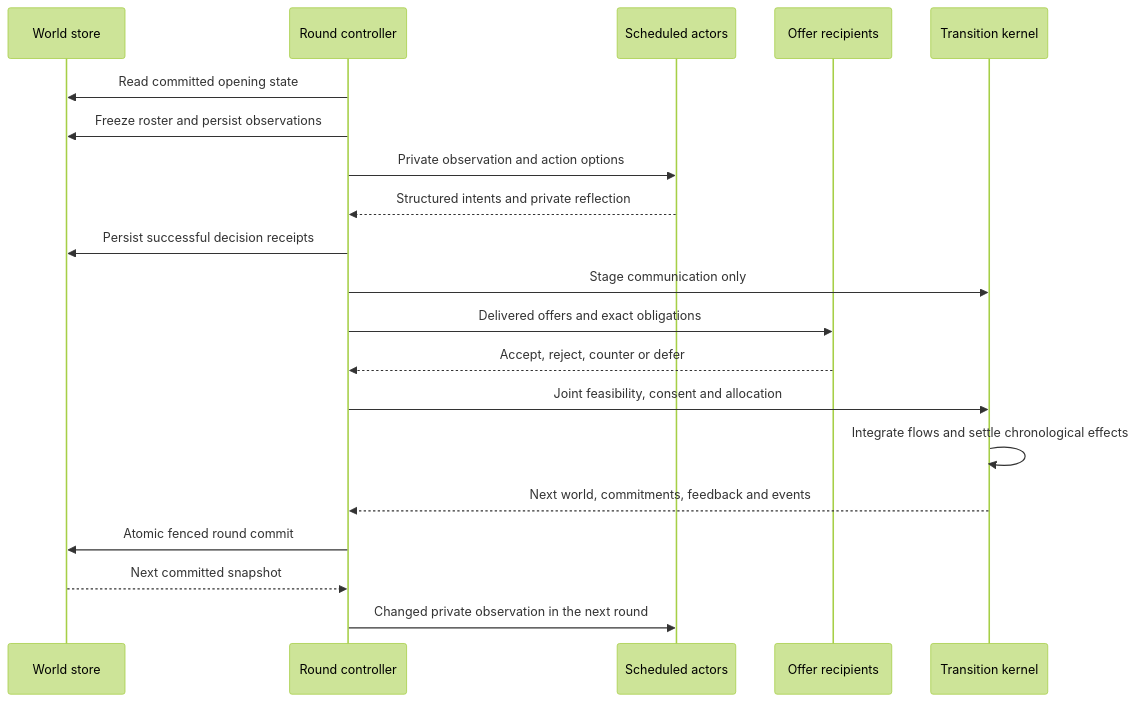
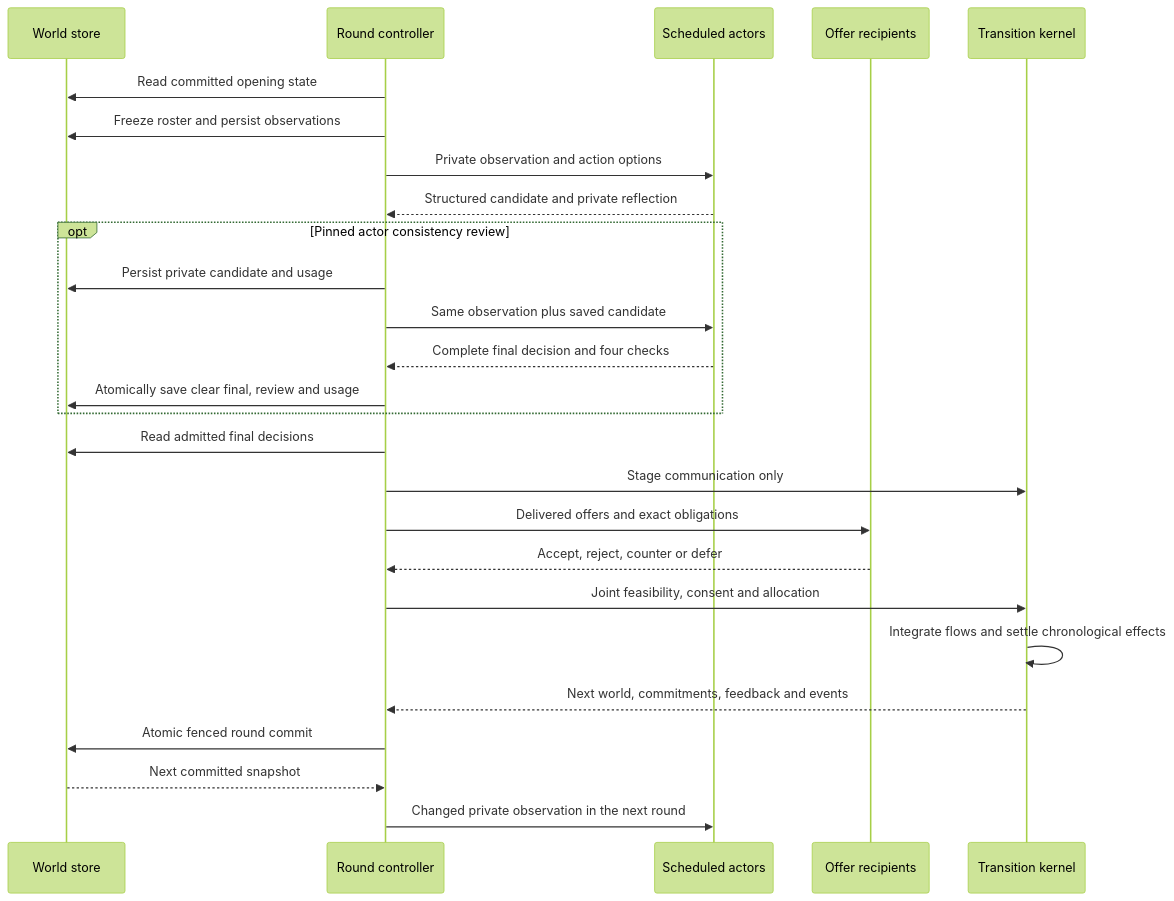
Before and after one commit to linroger/DeepResearchForecast: the second of 2 diagrams in docs/handoff/reflexive-world-simulation/ARCHITECTURE.md, drawn with Mermaid (forest theme). The commit also changed other lines of this file and 37 other files, not shown here.

````diff
--- a/docs/handoff/reflexive-world-simulation/ARCHITECTURE.md
+++ b/docs/handoff/reflexive-world-simulation/ARCHITECTURE.md
@@ -44,22 +44,28 @@
 ```mermaid
 sequenceDiagram
   participant DB as World store
   participant C as Round controller
   participant A as Scheduled actors
   participant B as Offer recipients
   participant K as Transition kernel
   C->>DB: Read committed opening state
   C->>DB: Freeze roster and persist observations
   C->>A: Private observation and action options
-  A-->>C: Structured intents and private reflection
-  C->>DB: Persist successful decision receipts
+  A-->>C: Structured candidate and private reflection
+  opt Pinned actor consistency review
+    C->>DB: Persist private candidate and usage
+    C->>A: Same observation plus saved candidate
+    A-->>C: Complete final decision and four checks
+    C->>DB: Atomically save clear final, review and usage
+  end
+  C->>DB: Read admitted final decisions
   C->>K: Stage communication only
   C->>B: Delivered offers and exact obligations
   B-->>C: Accept, reject, counter or defer
   C->>K: Joint feasibility, consent and allocation
   K->>K: Integrate flows and settle chronological effects
   K-->>C: Next world, commitments, feedback and events
   C->>DB: Atomic fenced round commit
   DB-->>C: Next committed snapshot
   C->>A: Changed private observation in the next round
 ```
````
